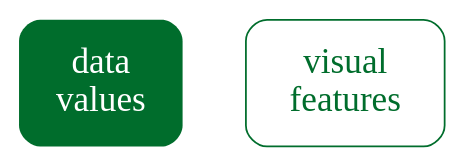
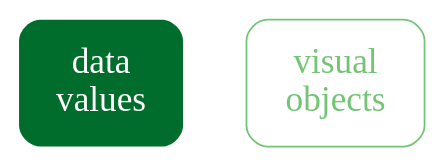
The diagram in Diagrams/vis-clutter.dot (pmur002/hdvw), drawn with Graphviz before and after one commit. The commit also changed 348 other files, not shown here.

```diff
--- a/Diagrams/vis-clutter.dot
+++ b/Diagrams/vis-clutter.dot
@@ -1,8 +1,8 @@
 digraph {
   graph [ rankdir=LR; margin=.2; nodesep=.5 ];
   node [ fontsize=20; fontname="sans bold"; margin=.2 ];
   data [ label="data\nvalues"; shape=box; style="filled, rounded"; penwidth=0; fontcolor=white; fillcolor="#006D2C" ]
-  vis [ label="visual\nfeatures"; shape=box;
-     style="rounded"; color="#006D2C"; fontcolor="#006D2C" ]
-  data -> vis [ style="bold"; penwidth=1; color="#006D2C" ] [ style="invis" ]
+  obj [ label="visual\nobjects"; shape=box;
+     style="rounded"; color="#74C476"; fontcolor="#74C476" ]
+  data -> obj [ style="bold"; penwidth=1; color="#006D2C;0.1:#0D7734;0.1:#1A803C;0.1:#278A45;0.1:#34944D;0.1:#409D55;0.1:#4DA75D;0.1:#5AB166;0.1:#67BA6E;0.1:#74C476;0.1" ] [ style="invis" ]
 }
```
